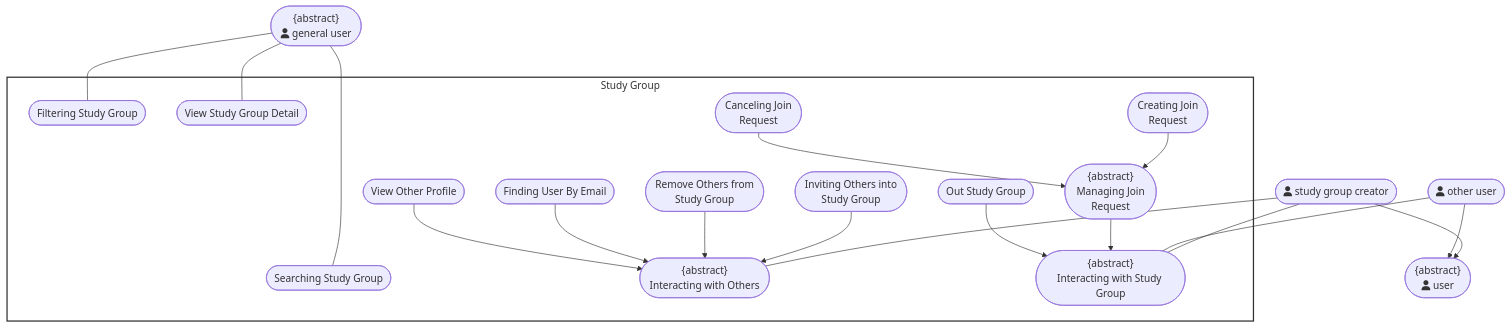
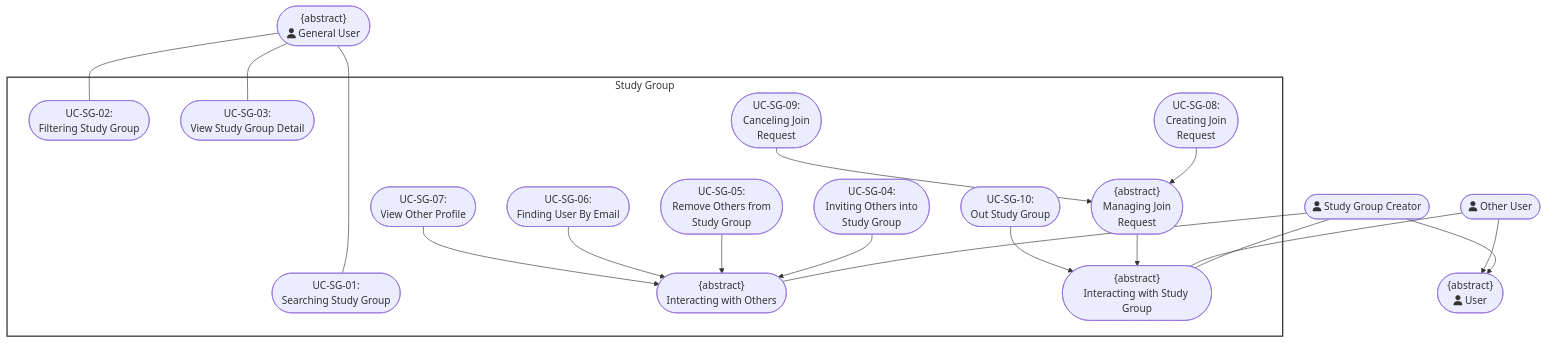
The sixth of 9 diagrams in docs/management/PA3/Use-CaseDiagram.md (DuyNhat1705/AmeThyst-Library), drawn with Mermaid before and after one commit. The commit also changed other lines of this file and 67 other files, not shown here.

Commit message:
update the Usecase specification and diagram

````diff
--- a/docs/management/PA3/Use-CaseDiagram.md
+++ b/docs/management/PA3/Use-CaseDiagram.md
@@ -275,36 +273,36 @@
 ```mermaid
 flowchart TD
  subgraph StudyGroup["Study Group"]
-        UC1(["Searching Study Group"])
-        UC2(["Filtering Study Group"])
-        UC3(["View Study Group Detail"])
-        UC5(["Inviting Others into<br>Study Group"])
+        UC1([UC-SG-01:<br>Searching Study Group])
+        UC2([UC-SG-02:<br>Filtering Study Group])
+        UC3([UC-SG-03:<br>View Study Group Detail])
+        UC5([UC-SG-04:<br>Inviting Others into<br>Study Group])
         UC4(["<center>{abstract}<br>Interacting with Others</center>"])
-        UC6(["Remove Others from<br>Study Group"])
-        UC7(["Finding User By Email"])
-        UC8(["View Other Profile"])
+        UC6([UC-SG-05:<br>Remove Others from<br>Study Group])
+        UC7([UC-SG-06:<br>Finding User By Email])
+        UC8([UC-SG-07:<br>View Other Profile])
         UC9(["<center>{abstract}<br>Interacting with Study Group</center>"])
         UC10(["<center>{abstract}<br>Managing Join<br>Request</center>"])
-        UC11(["<center>Creating Join<br>Request</center>"])
-        UC12(["<center>Canceling Join<br>Request</center>"])
-        UC13(["Out Study Group"])
+        UC11([UC-SG-08:<br>Creating Join<br>Request])
+        UC12([UC-SG-09:<br>Canceling Join<br>Request])
+        UC13([UC-SG-10:<br>Out Study Group])
   end
-    StudyGroupCreator(["fa:fa-user study group creator"]) --> User(["<center>{abstract}<br>fa:fa-user user</center>"])
-    OtherUser(["fa:fa-user other user"]) --> User
-    GeneralUser(["<center>{abstract}<br>fa:fa-user general user</center>"]) ~~~ StudyGroupCreator
+    StudyGroupCreator(["fa:fa-user Study Group Creator"]) --> User(["<center>{abstract}<br>fa:fa-user User</center>"])
+    OtherUser(["fa:fa-user Other User"]) --> User
+    GeneralUser(["<center>{abstract}<br>fa:fa-user General User</center>"]) ~~~ StudyGroupCreator
     StudyGroupCreator ~~~ User
     GeneralUser ~~~~~ StudyGroup
     GeneralUser --- UC1 & UC2 & UC3
     StudyGroupCreator --- UC4 & UC9
     OtherUser --- UC9
     UC5 --> UC4
     UC6 --> UC4
     UC7 --> UC4
     UC8 --> UC4
     UC10 --> UC9
     UC13 --> UC9
     UC11 --> UC10
     UC12 --> UC10
 
     style StudyGroup fill:#fff,stroke:#333,stroke-width:2px
 ```
````
